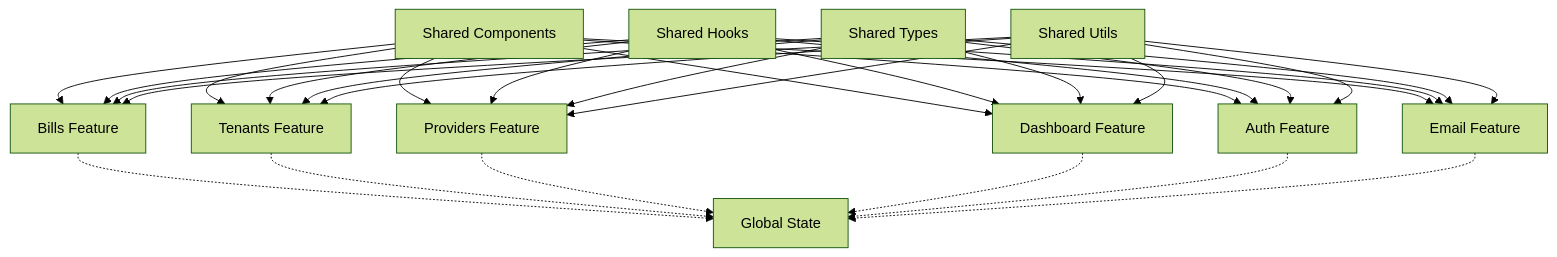
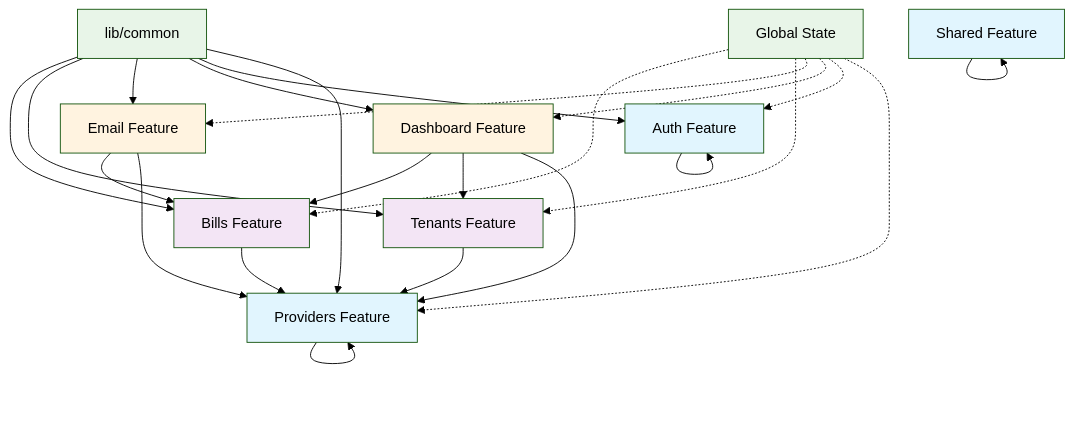
One commit to Yousef-Majidi/next-bill-manager changed the diagram in docs/ARCHITECTURE.md. Above: the diagram before and after it, drawn with Mermaid (forest theme). The commit also changed other lines of this file and 7 other files, not shown here.

````diff
--- a/docs/ARCHITECTURE.md
+++ b/docs/ARCHITECTURE.md
@@ -274,37 +179,45 @@
 ```mermaid
 graph TD
-    A[Shared Components] --> B[Bills Feature]
-    A --> C[Tenants Feature]
-    A --> D[Providers Feature]
-    A --> E[Dashboard Feature]
-    A --> F[Auth Feature]
-    A --> G[Email Feature]
+    %% Base Layer - No Dependencies
+    A[Auth Feature] --> A
+    P[Providers Feature] --> P
+    S[Shared Feature] --> S
 
-    H[Shared Hooks] --> B
-    H --> C
-    H --> D
-    H --> E
-    H --> F
-    H --> G
+    %% Level 1 - Depend on Base Features
+    B[Bills Feature] --> P
+    T[Tenants Feature] --> P
 
-    I[Shared Types] --> B
-    I --> C
-    I --> D
-    I --> E
-    I --> F
-    I --> G
+    %% Level 2 - Depend on Level 1 and Base Features
+    E[Email Feature] --> B
+    E --> P
+    D[Dashboard Feature] --> B
+    D --> T
+    D --> P
 
-    J[Shared Utils] --> B
-    J --> C
-    J --> D
-    J --> E
-    J --> F
-    J --> G
+    %% Shared Infrastructure
+    LI[lib/common] --> B
+    LI --> T
+    LI --> E
+    LI --> D
+    LI --> A
+    LI --> P
 
-    B -.-> K[Global State]
-    C -.-> K
-    D -.-> K
-    E -.-> K
-    F -.-> K
-    G -.-> K
+    %% Global State (used by all features)
+    GS[Global State] -.-> B
+    GS -.-> T
+    GS -.-> E
+    GS -.-> D
+    GS -.-> A
+    GS -.-> P
+
+    %% Styling
+    classDef baseFeature fill:#e1f5fe
+    classDef level1Feature fill:#f3e5f5
+    classDef level2Feature fill:#fff3e0
+    classDef shared fill:#e8f5e8
+
+    class A,P,S baseFeature
+    class B,T level1Feature
+    class E,D level2Feature
+    class LI,GS shared
 ```
````
